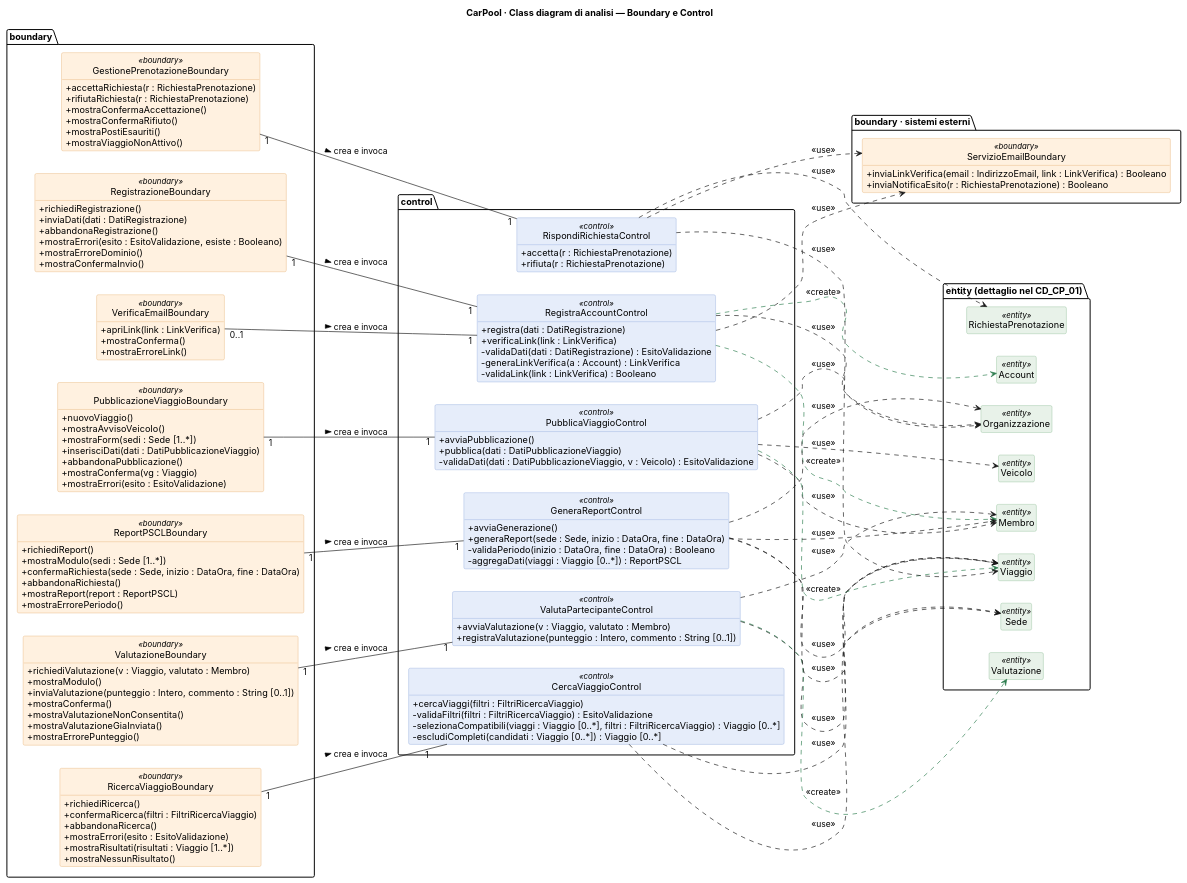
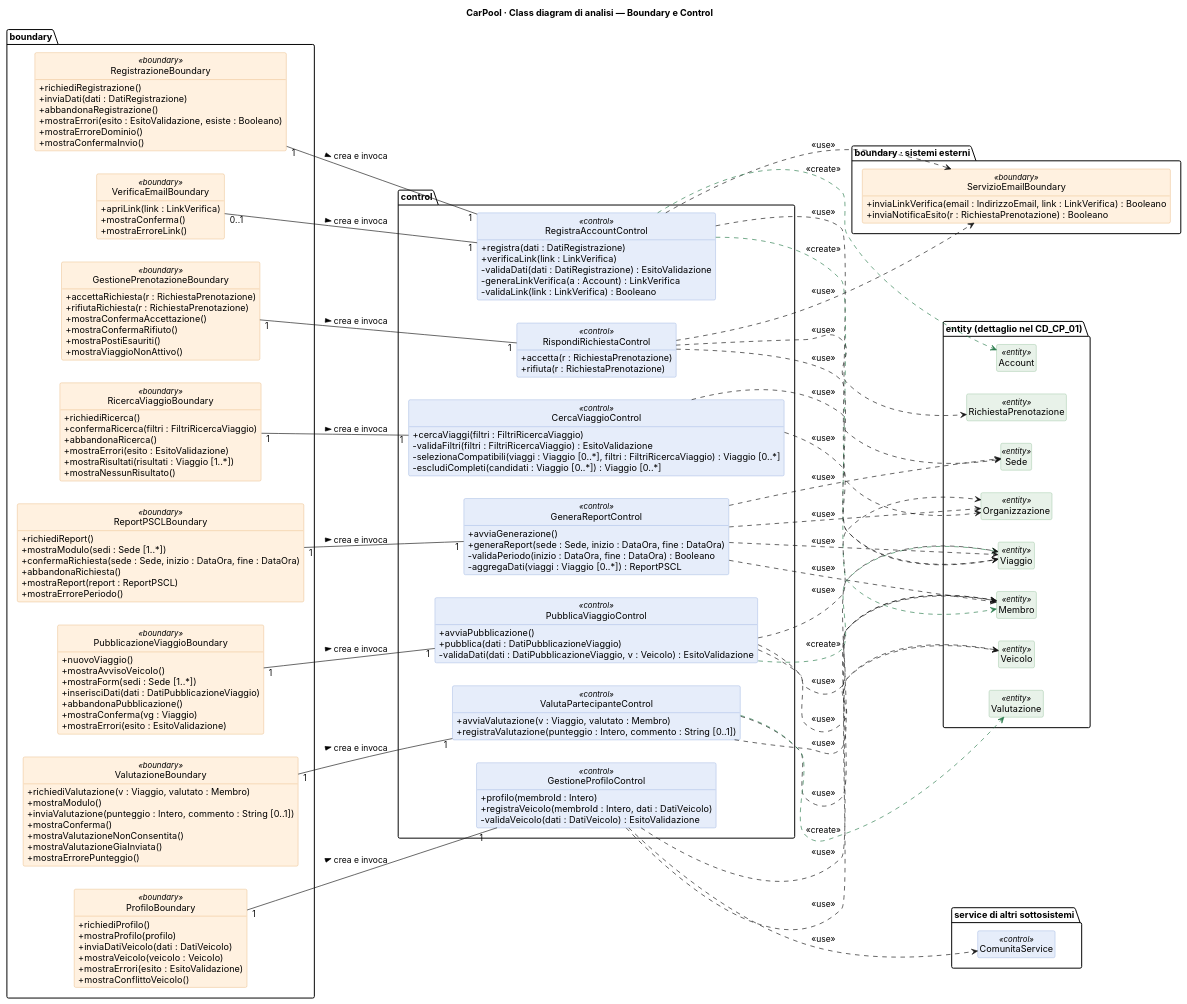
Before and after one commit to CarPool-C03/CarPool: the diagram in docs/modelli/CD_CP_02_Boundary_Control.puml, drawn with PlantUML. The commit also changed 17 other files, not shown here.

Commit message:
C03-59 UC_AUTH_03: profilo e inserimento veicolo (RF_AUTH_08, RF_AUTH_12)

```diff
--- a/docs/modelli/CD_CP_02_Boundary_Control.puml
+++ b/docs/modelli/CD_CP_02_Boundary_Control.puml
@@ -1,161 +1,182 @@
 @startuml CD_CP_02
 ' CarPool · Class diagram di analisi — Boundary e Control
-' Ogni messaggio ricevuto nei sequence SD_CP_01–06 è un'operazione della classe destinataria.
+' Ogni messaggio ricevuto nei sequence SD_CP_01–07 è un'operazione della classe destinataria.
 skinparam shadowing false
 skinparam defaultFontName Inter
 skinparam classAttributeIconSize 0
 skinparam class {
   BackgroundColor<<boundary>> #FFF1E0
   BorderColor<<boundary>> #E0A35A
   BackgroundColor<<control>> #E6EDFA
   BorderColor<<control>> #7D9BD6
   BackgroundColor<<entity>> #E8F2E9
   BorderColor<<entity>> #79B184
 }
 hide circle
 hide empty members
 left to right direction
 title CarPool · Class diagram di analisi — Boundary e Control
 
 package boundary {
   class RegistrazioneBoundary <<boundary>> {
     + richiediRegistrazione()
     + inviaDati(dati : DatiRegistrazione)
     + abbandonaRegistrazione()
     + mostraErrori(esito : EsitoValidazione, esiste : Booleano)
     + mostraErroreDominio()
     + mostraConfermaInvio()
   }
   class VerificaEmailBoundary <<boundary>> {
     + apriLink(link : LinkVerifica)
     + mostraConferma()
     + mostraErroreLink()
   }
   class RicercaViaggioBoundary <<boundary>> {
     + richiediRicerca()
     + confermaRicerca(filtri : FiltriRicercaViaggio)
     + abbandonaRicerca()
     + mostraErrori(esito : EsitoValidazione)
     + mostraRisultati(risultati : Viaggio [1..*])
     + mostraNessunRisultato()
   }
   class PubblicazioneViaggioBoundary <<boundary>> {
     + nuovoViaggio()
     + mostraAvvisoVeicolo()
     + mostraForm(sedi : Sede [1..*])
     + inserisciDati(dati : DatiPubblicazioneViaggio)
     + abbandonaPubblicazione()
     + mostraConferma(vg : Viaggio)
     + mostraErrori(esito : EsitoValidazione)
   }
   class GestionePrenotazioneBoundary <<boundary>> {
     + accettaRichiesta(r : RichiestaPrenotazione)
     + rifiutaRichiesta(r : RichiestaPrenotazione)
     + mostraConfermaAccettazione()
     + mostraConfermaRifiuto()
     + mostraPostiEsauriti()
     + mostraViaggioNonAttivo()
   }
   class ValutazioneBoundary <<boundary>> {
     + richiediValutazione(v : Viaggio, valutato : Membro)
     + mostraModulo()
     + inviaValutazione(punteggio : Intero, commento : String [0..1])
     + mostraConferma()
     + mostraValutazioneNonConsentita()
     + mostraValutazioneGiaInviata()
     + mostraErrorePunteggio()
   }
   class ReportPSCLBoundary <<boundary>> {
     + richiediReport()
     + mostraModulo(sedi : Sede [1..*])
     + confermaRichiesta(sede : Sede, inizio : DataOra, fine : DataOra)
     + abbandonaRichiesta()
     + mostraReport(report : ReportPSCL)
     + mostraErrorePeriodo()
   }
+  class ProfiloBoundary <<boundary>> {
+    + richiediProfilo()
+    + mostraProfilo(profilo)
+    + inviaDatiVeicolo(dati : DatiVeicolo)
+    + mostraVeicolo(veicolo : Veicolo)
+    + mostraErrori(esito : EsitoValidazione)
+    + mostraConflittoVeicolo()
+  }
 }
 
 package "boundary · sistemi esterni" as ext {
   class ServizioEmailBoundary <<boundary>> {
     + inviaLinkVerifica(email : IndirizzoEmail, link : LinkVerifica) : Booleano
     + inviaNotificaEsito(r : RichiestaPrenotazione) : Booleano
   }
 }
 
 package control {
   class RegistraAccountControl <<control>> {
     + registra(dati : DatiRegistrazione)
     + verificaLink(link : LinkVerifica)
     - validaDati(dati : DatiRegistrazione) : EsitoValidazione
     - generaLinkVerifica(a : Account) : LinkVerifica
     - validaLink(link : LinkVerifica) : Booleano
   }
   class CercaViaggioControl <<control>> {
     + cercaViaggi(filtri : FiltriRicercaViaggio)
     - validaFiltri(filtri : FiltriRicercaViaggio) : EsitoValidazione
     - selezionaCompatibili(viaggi : Viaggio [0..*], filtri : FiltriRicercaViaggio) : Viaggio [0..*]
     - escludiCompleti(candidati : Viaggio [0..*]) : Viaggio [0..*]
   }
   class PubblicaViaggioControl <<control>> {
     + avviaPubblicazione()
     + pubblica(dati : DatiPubblicazioneViaggio)
     - validaDati(dati : DatiPubblicazioneViaggio, v : Veicolo) : EsitoValidazione
   }
   class RispondiRichiestaControl <<control>> {
     + accetta(r : RichiestaPrenotazione)
     + rifiuta(r : RichiestaPrenotazione)
   }
   class ValutaPartecipanteControl <<control>> {
     + avviaValutazione(v : Viaggio, valutato : Membro)
     + registraValutazione(punteggio : Intero, commento : String [0..1])
   }
   class GeneraReportControl <<control>> {
     + avviaGenerazione()
     + generaReport(sede : Sede, inizio : DataOra, fine : DataOra)
     - validaPeriodo(inizio : DataOra, fine : DataOra) : Booleano
     - aggregaDati(viaggi : Viaggio [0..*]) : ReportPSCL
   }
+  class GestioneProfiloControl <<control>> {
+    + profilo(membroId : Intero)
+    + registraVeicolo(membroId : Intero, dati : DatiVeicolo)
+    - validaVeicolo(dati : DatiVeicolo) : EsitoValidazione
+  }
+}
+
+package "service di altri sottosistemi" as svc {
+  class ComunitaService <<control>>
 }
 
 package "entity (dettaglio nel CD_CP_01)" as ent {
   class Account <<entity>>
   class Membro <<entity>>
   class Organizzazione <<entity>>
   class Sede <<entity>>
   class Veicolo <<entity>>
   class Viaggio <<entity>>
   class RichiestaPrenotazione <<entity>>
   class Valutazione <<entity>>
 }
 
 ' Associazioni boundary -> control: il boundary crea e invoca il control
 RegistrazioneBoundary "1" -- "1" RegistraAccountControl : crea e invoca >
 VerificaEmailBoundary "0..1" -- "1" RegistraAccountControl : crea e invoca >
 RicercaViaggioBoundary "1" -- "1" CercaViaggioControl : crea e invoca >
 PubblicazioneViaggioBoundary "1" -- "1" PubblicaViaggioControl : crea e invoca >
 GestionePrenotazioneBoundary "1" -- "1" RispondiRichiestaControl : crea e invoca >
 ValutazioneBoundary "1" -- "1" ValutaPartecipanteControl : crea e invoca >
 ReportPSCLBoundary "1" -- "1" GeneraReportControl : crea e invoca >
+ProfiloBoundary "1" -- "1" GestioneProfiloControl : crea e invoca >
 
 ' Dipendenze dei control
 RegistraAccountControl ..> ServizioEmailBoundary : <<use>>
 RegistraAccountControl ..> Organizzazione : <<use>>
 RegistraAccountControl .[#2E7D4F].> Account : <<create>>
 RegistraAccountControl .[#2E7D4F].> Membro : <<create>>
 CercaViaggioControl ..> Sede : <<use>>
 CercaViaggioControl ..> Viaggio : <<use>>
 PubblicaViaggioControl ..> Membro : <<use>>
 PubblicaViaggioControl ..> Organizzazione : <<use>>
 PubblicaViaggioControl ..> Veicolo : <<use>>
 PubblicaViaggioControl .[#2E7D4F].> Viaggio : <<create>>
 RispondiRichiestaControl ..> RichiestaPrenotazione : <<use>>
 RispondiRichiestaControl ..> Viaggio : <<use>>
 RispondiRichiestaControl ..> ServizioEmailBoundary : <<use>>
 ValutaPartecipanteControl ..> Viaggio : <<use>>
 ValutaPartecipanteControl ..> Membro : <<use>>
 ValutaPartecipanteControl .[#2E7D4F].> Valutazione : <<create>>
 GeneraReportControl ..> Membro : <<use>>
 GeneraReportControl ..> Organizzazione : <<use>>
 GeneraReportControl ..> Sede : <<use>>
 GeneraReportControl ..> Viaggio : <<use>>
+GestioneProfiloControl ..> Membro : <<use>>
+GestioneProfiloControl ..> Veicolo : <<use>>
+GestioneProfiloControl ..> ComunitaService : <<use>>
 @enduml
```
